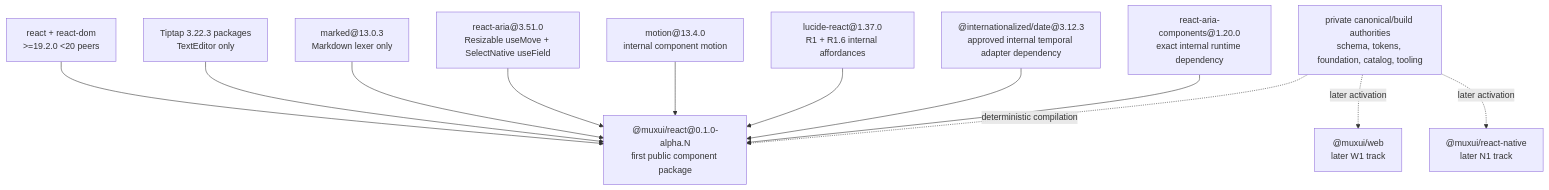
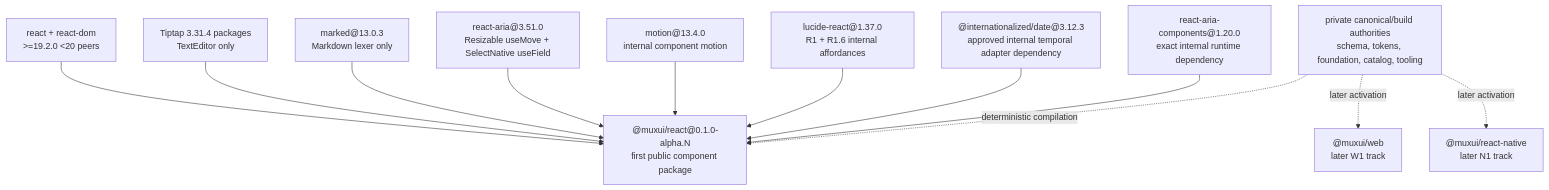
Before and after one commit to ndrewtran/muxui: the second of 2 diagrams in strategy/monorepo-architecture.md, drawn with Mermaid. The commit also changed other lines of this file and 12 other files, not shown here.

````diff
--- a/strategy/monorepo-architecture.md
+++ b/strategy/monorepo-architecture.md
@@ -1175,27 +1176,27 @@
 ```mermaid
 flowchart TD
   canonical["private canonical/build authorities\nschema, tokens, foundation, catalog, tooling"]
   react["@muxui/react@0.1.0-alpha.N\nfirst public component package"]
   aria["react-aria-components@1.20.0\nexact internal runtime dependency"]
   temporal["@internationalized/date@3.12.3\napproved internal temporal adapter dependency"]
   lucide["lucide-react@1.37.0\nR1 + R1.6 internal affordances"]
   motion["motion@13.4.0\ninternal component motion"]
   resizable["react-aria@3.51.0\nResizable useMove + SelectNative useField"]
   markdown["marked@13.0.3\nMarkdown lexer only"]
-  editor["Tiptap 3.22.3 packages\nTextEditor only"]
+  editor["Tiptap 3.31.4 packages\nTextEditor only"]
   peers["react + react-dom\n>=19.2.0 <20 peers"]
   web["@muxui/web\nlater W1 track"]
   native["@muxui/react-native\nlater N1 track"]
 
   canonical -. deterministic compilation .-> react
   aria --> react
   temporal --> react
   lucide --> react
   motion --> react
   resizable --> react
   markdown --> react
   editor --> react
   peers --> react
   canonical -. later activation .-> web
   canonical -. later activation .-> native
 ```
````
